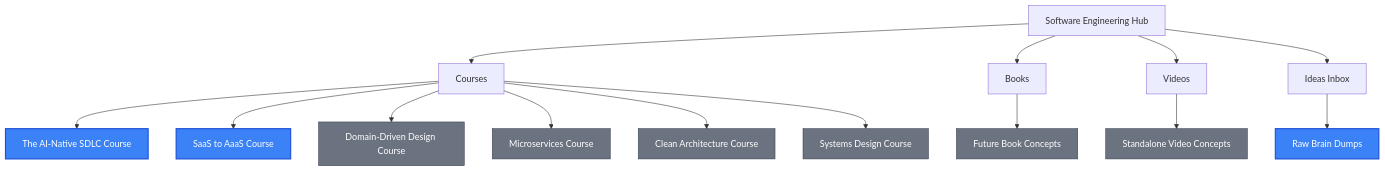
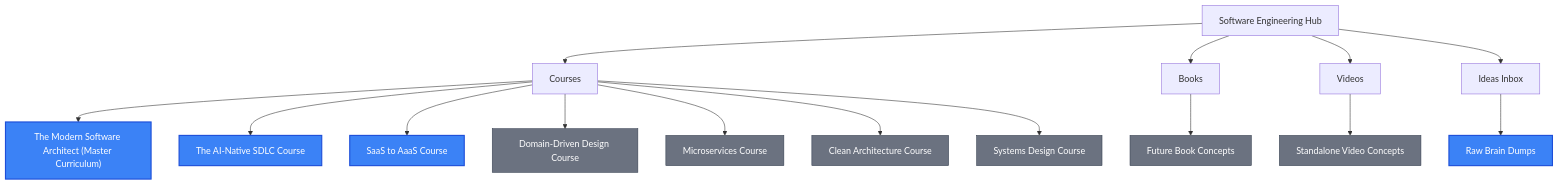
The diagram in software-engineering/README.md (GHMT/content-creation), drawn with Mermaid before and after one commit. The commit also changed other lines of this file and 1 other file, not shown here.

Commit message:
Add unified Master Course Curriculum: The Modern Software Architect

````diff
--- a/software-engineering/README.md
+++ b/software-engineering/README.md
@@ -11,20 +11,21 @@
 ```mermaid
 graph TD
     classDef active fill:#3b82f6,stroke:#1d4ed8,color:#fff,stroke-width:2px;
     classDef planned fill:#6b7280,stroke:#374151,color:#fff,stroke-width:1px;
 
     A[Software Engineering Hub] --> B[Courses]
     A --> C[Books]
     A --> D[Videos]
     A --> E[Ideas Inbox]
 
+    B --> B0["The Modern Software Architect (Master Curriculum)"]:::active
     B --> B1["The AI-Native SDLC Course"]:::active
     B --> B2["SaaS to AaaS Course"]:::active
     B --> B3["Domain-Driven Design Course"]:::planned
     B --> B4["Microservices Course"]:::planned
     B --> B5["Clean Architecture Course"]:::planned
     B --> B6["Systems Design Course"]:::planned
     C --> C1["Future Book Concepts"]:::planned
     D --> D1["Standalone Video Concepts"]:::planned
     E --> E1["Raw Brain Dumps"]:::active
 ```
````
